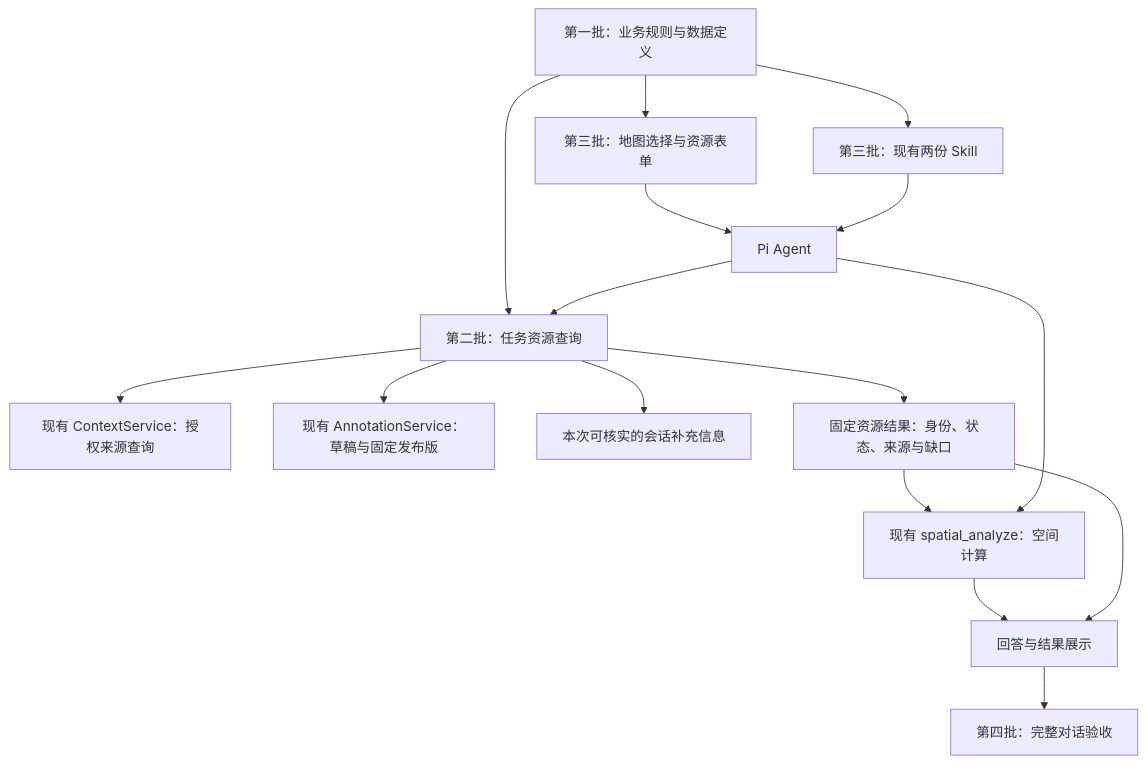
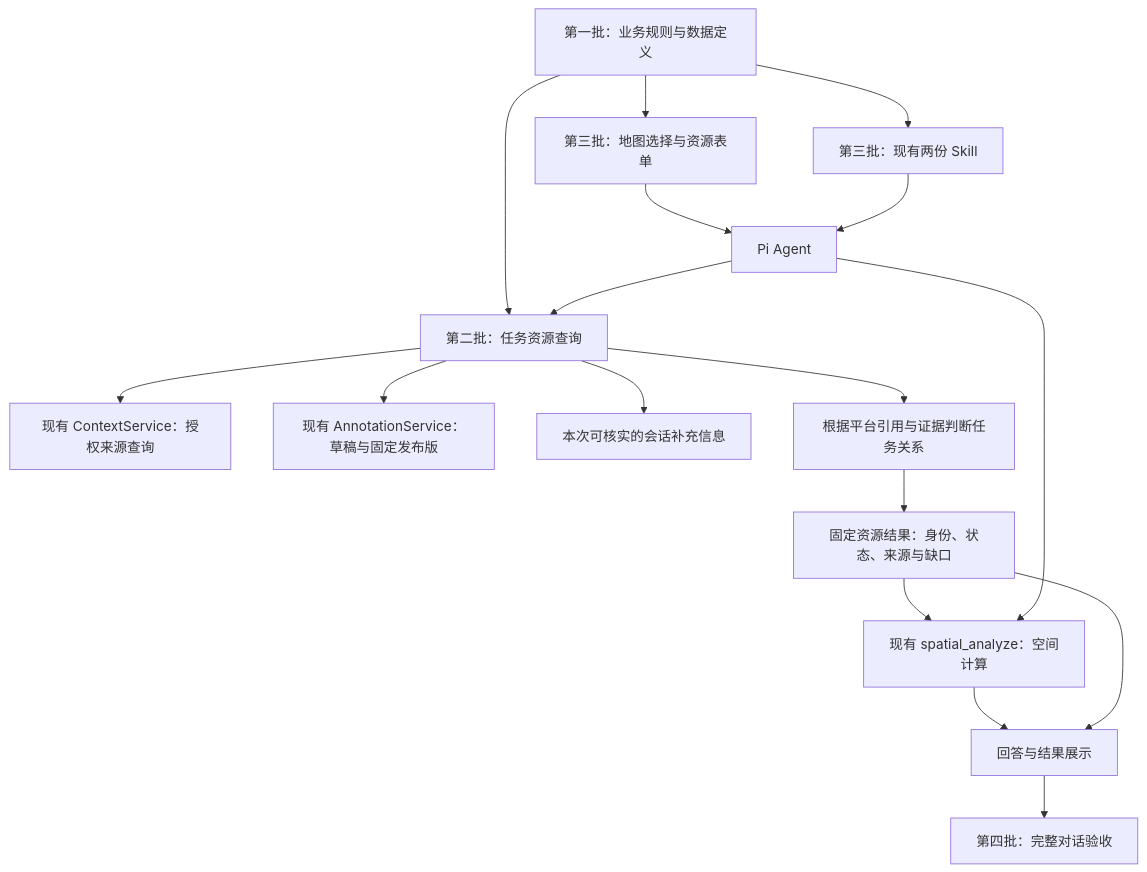
One commit to pulpcode/berserk changed the diagram in .trellis/tasks/10-28-agent-spatial-plotting/task-resources-20261102/README.md. Above: the diagram before and after it, drawn with Mermaid. The commit also changed other lines of this file and 48 other files, not shown here.

````diff
--- a/.trellis/tasks/10-28-agent-spatial-plotting/task-resources-20261102/README.md
+++ b/.trellis/tasks/10-28-agent-spatial-plotting/task-resources-20261102/README.md
@@ -30,18 +32,19 @@
 ```mermaid
 flowchart TD
     R[第一批：业务规则与数据定义] --> T[第二批：任务资源查询]
     R --> U[第三批：地图选择与资源表单]
     R --> K[第三批：现有两份 Skill]
     U --> A[Pi Agent]
     K --> A
     A --> T
     T --> C[现有 ContextService：授权来源查询]
     T --> D[现有 AnnotationService：草稿与固定发布版]
     T --> E[本次可核实的会话补充信息]
-    T --> F[固定资源结果：身份、状态、来源与缺口]
+    T --> J[根据平台引用与证据判断任务关系]
+    J --> F[固定资源结果：身份、状态、来源与缺口]
     F --> S[现有 spatial_analyze：空间计算]
     A --> S
     S --> O[回答与结果展示]
     F --> O
     O --> V[第四批：完整对话验收]
 ```
````
